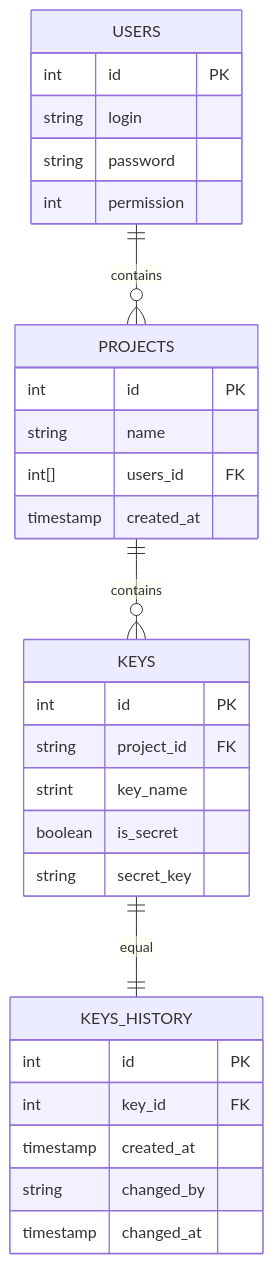
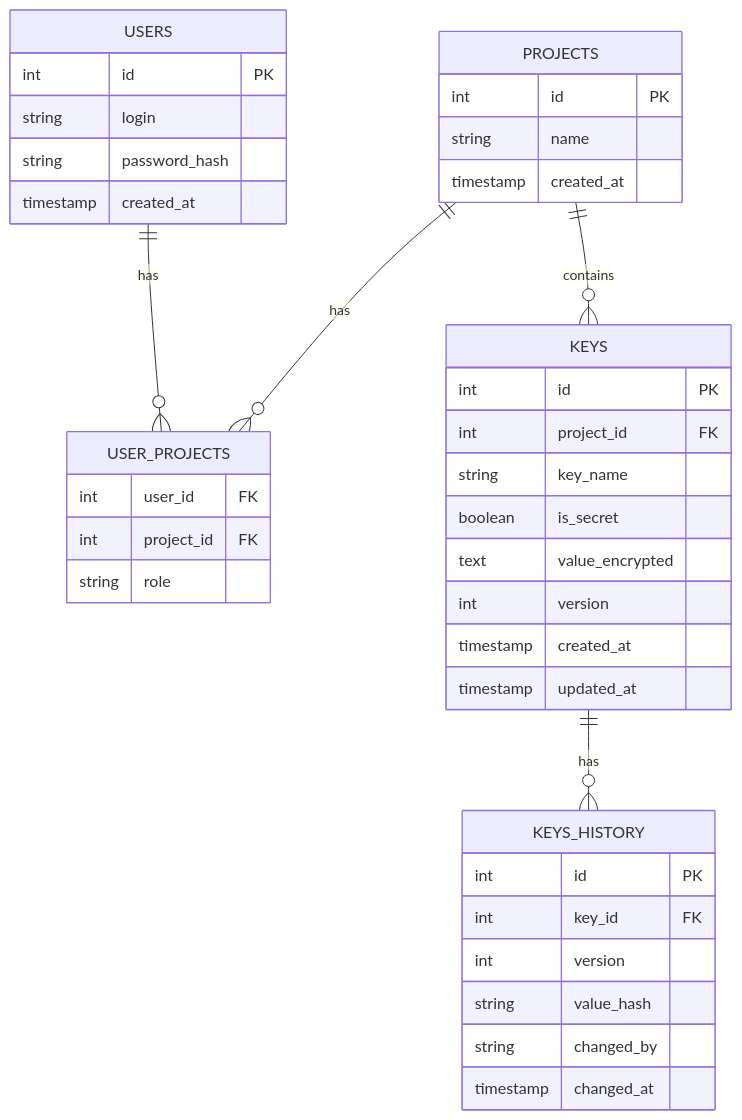
The diagram in docs/database.md (verdenkaa/config-vault), drawn with Mermaid before and after one commit. The commit also changed other lines of this file and 1 other file, not shown here.

```diff
--- a/docs/database.md
+++ b/docs/database.md
@@ -3,40 +9,46 @@
-::: mermaid
+:::mermaid
 erDiagram
+    USERS ||--o{ USER_PROJECTS : has
+    PROJECTS ||--o{ USER_PROJECTS : has
+    PROJECTS ||--o{ KEYS : contains
+    KEYS ||--o{ KEYS_HISTORY : has
 
-USERS {
-    int id PK
-    string login
-    string password
-    int permission
-}
+    USERS {
+        int id PK
+        string login
+        string password_hash
+        timestamp created_at
+    }
 
-USERS ||--o{ PROJECTS : contains
+    USER_PROJECTS {
+        int user_id FK
+        int project_id FK
+        string role
+    }
 
-PROJECTS {
-    int id PK
-    string name
-    int[] users_id FK
-    timestamp created_at
-}
+    PROJECTS {
+        int id PK
+        string name
+        timestamp created_at
+    }
 
-PROJECTS ||--o{ KEYS : contains
+    KEYS {
+        int id PK
+        int project_id FK
+        string key_name
+        boolean is_secret
+        text value_encrypted
+        int version
+        timestamp created_at
+        timestamp updated_at
+    }
 
-KEYS {
-    int id PK
-    string project_id FK
-    strint key_name
-    boolean is_secret
-    string secret_key
-}
-
-KEYS ||--|| KEYS_HISTORY : equal
-
-KEYS_HISTORY {
-    int id PK
-    int key_id FK
-    timestamp created_at
-    string changed_by
-    timestamp changed_at
-
-}
+    KEYS_HISTORY {
+        int id PK
+        int key_id FK
+        int version
+        string value_hash
+        string changed_by
+        timestamp changed_at
+    }
 :::
```
